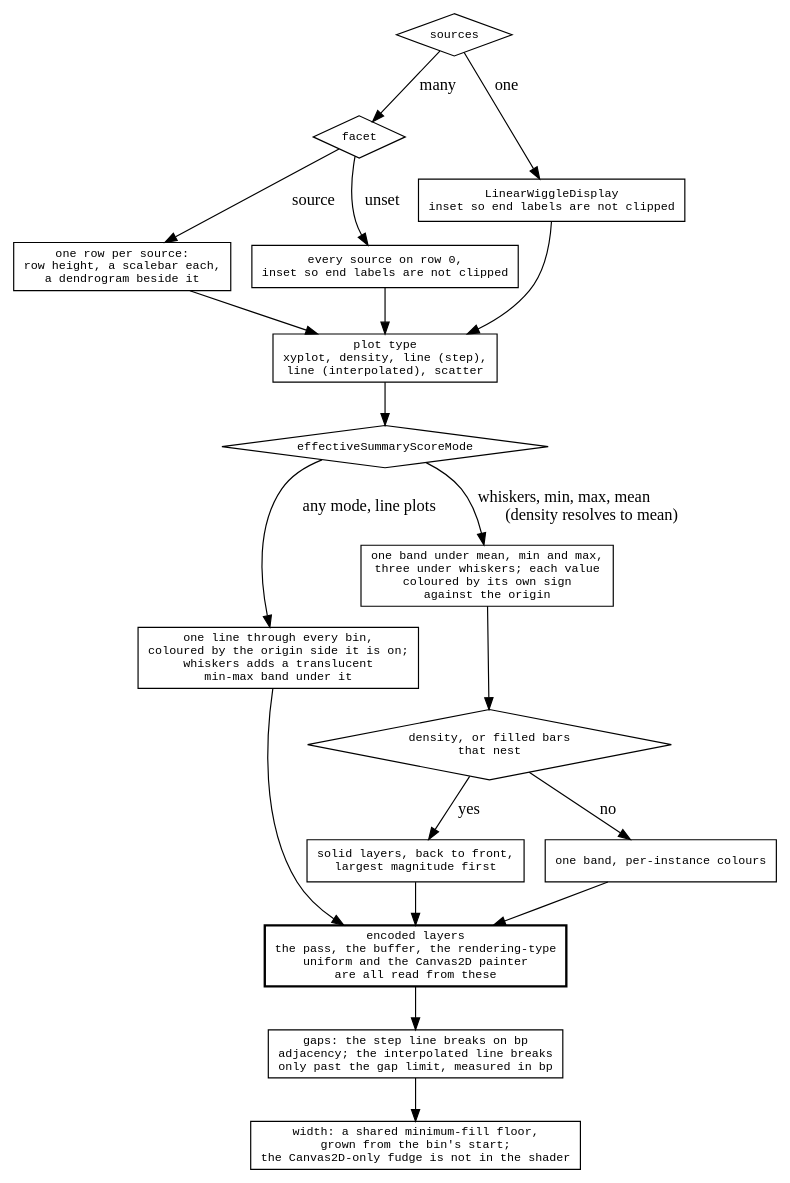
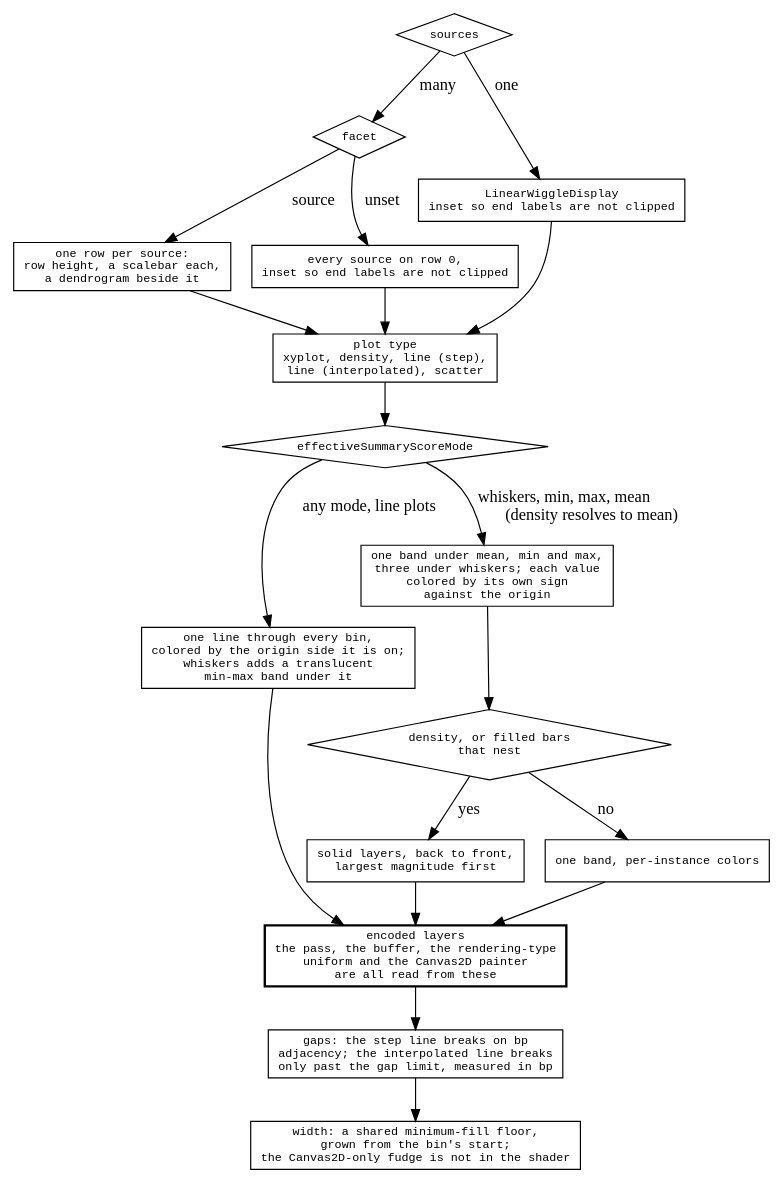
One commit to GMOD/jbrowse-components changed the diagram in agent-docs/reference/diagrams/wiggle-shape.dot. Above: the diagram before and after it, drawn with Graphviz. The commit also changed 1109 other files, not shown here.

```diff
--- a/agent-docs/reference/diagrams/wiggle-shape.dot
+++ b/agent-docs/reference/diagrams/wiggle-shape.dot
@@ -1,40 +1,40 @@
 digraph wiggle_shape {
   rankdir=TB
   node [shape=box fontname=monospace fontsize=10]
   { node [shape=diamond] many; layout; summary; nests }
 
   many [label="sources"]
   many -> single [label=" one"]
   many -> layout [label=" many"]
   single [label="LinearWiggleDisplay\ninset so end labels are not clipped"]
 
   layout [label="facet"]
   layout -> multirow [label=" source"]
   layout -> overlay  [label=" unset"]
   multirow [label="one row per source:\nrow height, a scalebar each,\na dendrogram beside it"]
   overlay  [label="every source on row 0,\ninset so end labels are not clipped"]
 
   plot [label="plot type\nxyplot, density, line (step),\nline (interpolated), scatter"]
   single -> plot  multirow -> plot  overlay -> plot
 
   summary [label="effectiveSummaryScoreMode"]
   plot -> summary
   summary -> range [label=" any mode, line plots"]
   summary -> bands [label=" whiskers, min, max, mean\l (density resolves to mean)"]
-  range [label="one line through every bin,\ncoloured by the origin side it is on;\nwhiskers adds a translucent\nmin-max band under it"]
-  bands [label="one band under mean, min and max,\nthree under whiskers; each value\ncoloured by its own sign\nagainst the origin"]
+  range [label="one line through every bin,\ncolored by the origin side it is on;\nwhiskers adds a translucent\nmin-max band under it"]
+  bands [label="one band under mean, min and max,\nthree under whiskers; each value\ncolored by its own sign\nagainst the origin"]
 
   nests [label="density, or filled bars\nthat nest"]
   bands -> nests
   nests -> split [label=" yes"]
   nests -> whole [label=" no"]
   split [label="solid layers, back to front,\nlargest magnitude first"]
-  whole [label="one band, per-instance colours"]
+  whole [label="one band, per-instance colors"]
 
   encoded [label="encoded layers\nthe pass, the buffer, the rendering-type\nuniform and the Canvas2D painter\nare all read from these", style=bold]
   split -> encoded  whole -> encoded  range -> encoded
 
   gaps  [label="gaps: the step line breaks on bp\nadjacency; the interpolated line breaks\nonly past the gap limit, measured in bp"]
   width [label="width: a shared minimum-fill floor,\ngrown from the bin's start;\nthe Canvas2D-only fudge is not in the shader"]
   encoded -> gaps -> width
 }
```
